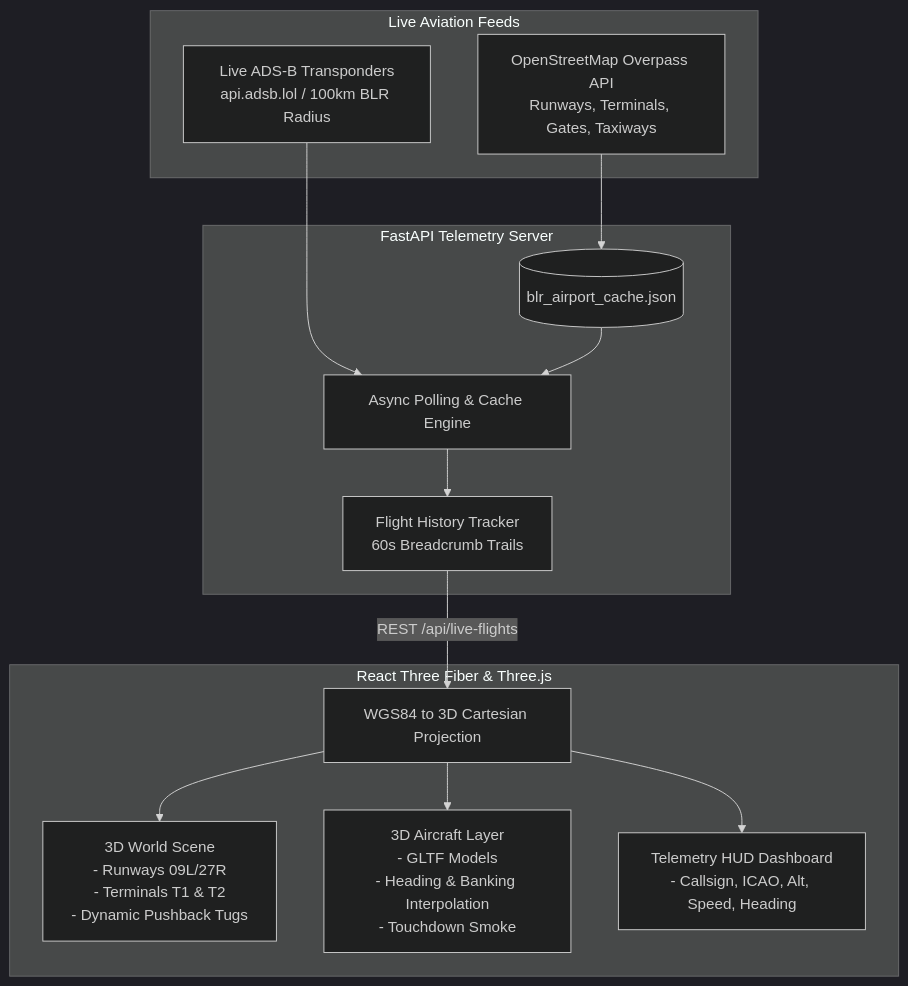
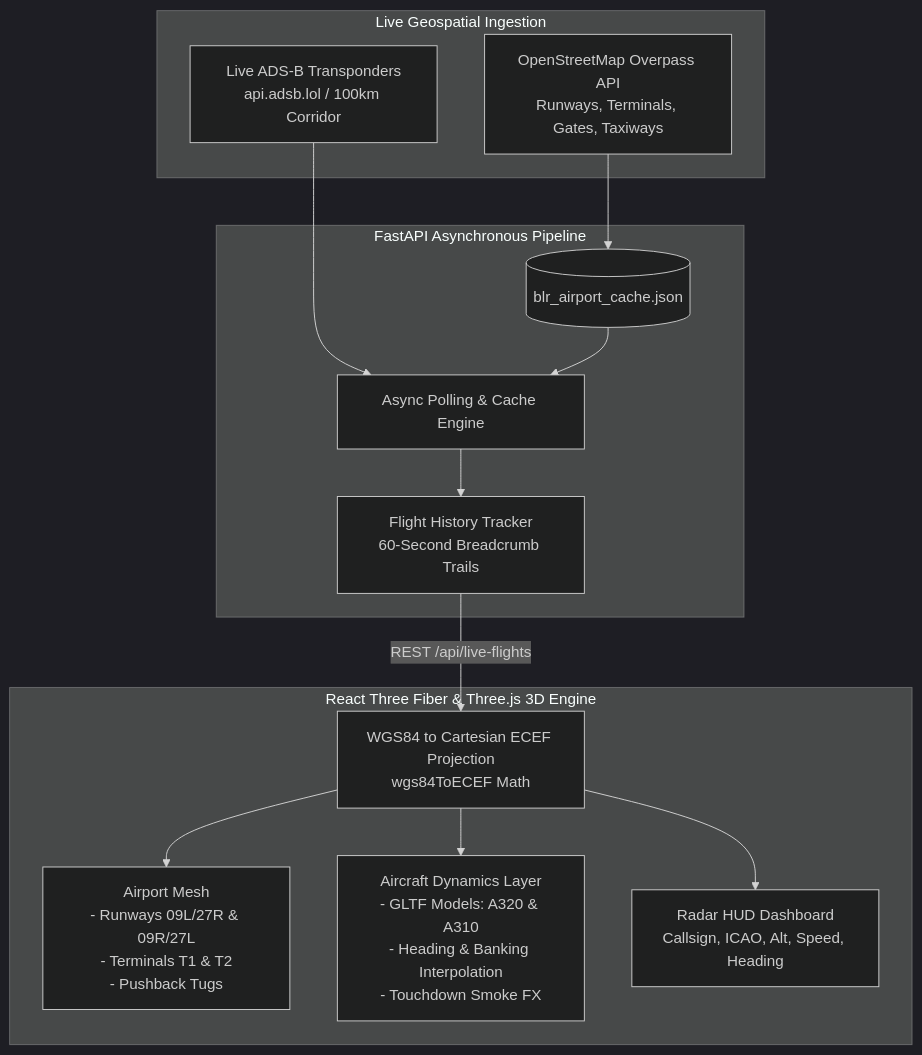
The diagram in README.md (itsgoksz/airport-3d-digital-twin), drawn with Mermaid (dark theme) before and after one commit. The commit also changed other lines of this file and 1 other file, not shown here.

````diff
--- a/README.md
+++ b/README.md
@@ -26,38 +37,39 @@
 ```mermaid
 flowchart TD
-    subgraph DataSource [Live Aviation Feeds]
+    subgraph LiveData [Live Geospatial Ingestion]
         ADSB[Live ADS-B Transponders
-api.adsb.lol / 100km BLR Radius]
+api.adsb.lol / 100km Corridor]
         OSM[OpenStreetMap Overpass API
 Runways, Terminals, Gates, Taxiways]
     end
 
-    subgraph Backend [FastAPI Telemetry Server]
+    subgraph Backend [FastAPI Asynchronous Pipeline]
         Fetch[Async Polling & Cache Engine]
         History[Flight History Tracker
-60s Breadcrumb Trails]
+60-Second Breadcrumb Trails]
         Cache[(blr_airport_cache.json)]
     end
 
-    subgraph Frontend [React Three Fiber & Three.js]
-        Coord[WGS84 to 3D Cartesian Projection]
-        Scene[3D World Scene
-- Runways 09L/27R
+    subgraph Frontend [React Three Fiber & Three.js 3D Engine]
+        Geodetic[WGS84 to Cartesian ECEF Projection
+wgs84ToECEF Math]
+        Runways[Airport Mesh
+- Runways 09L/27R & 09R/27L
 - Terminals T1 & T2
-- Dynamic Pushback Tugs]
-        Aircraft[3D Aircraft Layer
-- GLTF Models
+- Pushback Tugs]
+        AircraftLayer[Aircraft Dynamics Layer
+- GLTF Models: A320 & A310
 - Heading & Banking Interpolation
-- Touchdown Smoke]
-        HUD[Telemetry HUD Dashboard
-- Callsign, ICAO, Alt, Speed, Heading]
+- Touchdown Smoke FX]
+        HUD[Radar HUD Dashboard
+Callsign, ICAO, Alt, Speed, Heading]
     end
 
     ADSB --> Fetch
     OSM --> Cache --> Fetch
     Fetch --> History
-    History -->|REST /api/live-flights| Coord
-    Coord --> Scene
-    Coord --> Aircraft
-    Coord --> HUD
+    History -->|REST /api/live-flights| Geodetic
+    Geodetic --> Runways
+    Geodetic --> AircraftLayer
+    Geodetic --> HUD
 ```
````
